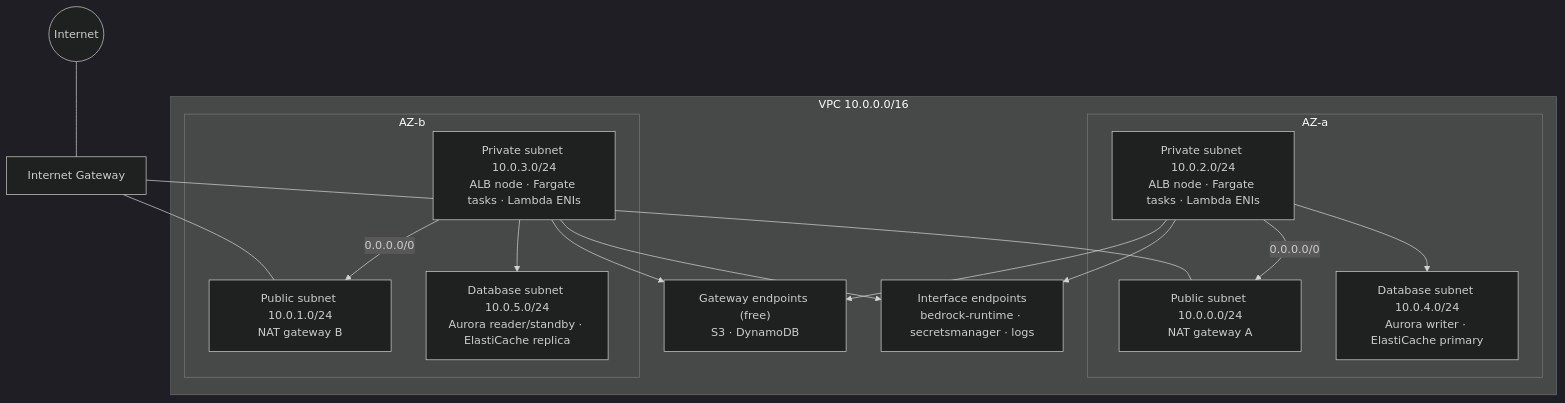
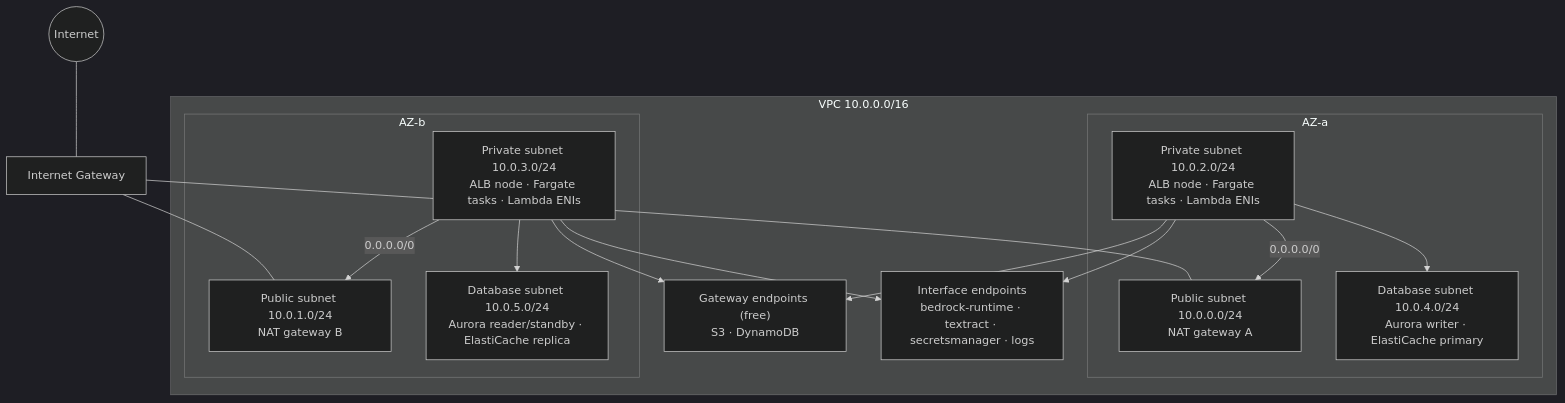
The second of 6 diagrams in docs/architecture/production-upgrade.md (msajjauddin/enterprise-rag-app-on-aws), drawn with Mermaid (dark theme) before and after one commit. The commit also changed other lines of this file and 22 other files, not shown here.

First line of the commit message:
Ingest tables, charts and scanned pages from PDFs

````diff
--- a/docs/architecture/production-upgrade.md
+++ b/docs/architecture/production-upgrade.md
@@ -81,30 +81,30 @@
 ```mermaid
 flowchart TB
     internet(("Internet")) --- igw["Internet Gateway"]
 
     subgraph vpc["VPC 10.0.0.0/16"]
         subgraph aza["AZ-a"]
             pubA["Public subnet 10.0.0.0/24<br/>NAT gateway A"]
             privA["Private subnet 10.0.2.0/24<br/>ALB node · Fargate tasks · Lambda ENIs"]
             dbA["Database subnet 10.0.4.0/24<br/>Aurora writer · ElastiCache primary"]
         end
         subgraph azb["AZ-b"]
             pubB["Public subnet 10.0.1.0/24<br/>NAT gateway B"]
             privB["Private subnet 10.0.3.0/24<br/>ALB node · Fargate tasks · Lambda ENIs"]
             dbB["Database subnet 10.0.5.0/24<br/>Aurora reader/standby · ElastiCache replica"]
         end
         gwe["Gateway endpoints (free)<br/>S3 · DynamoDB"]
-        ife["Interface endpoints<br/>bedrock-runtime · secretsmanager · logs"]
+        ife["Interface endpoints<br/>bedrock-runtime · textract · secretsmanager · logs"]
     end
 
     igw --- pubA
     igw --- pubB
     privA -->|0.0.0.0/0| pubA
     privB -->|0.0.0.0/0| pubB
     privA --> dbA
     privB --> dbB
     privA --> gwe
     privB --> gwe
     privA --> ife
     privB --> ife
 ```
````
